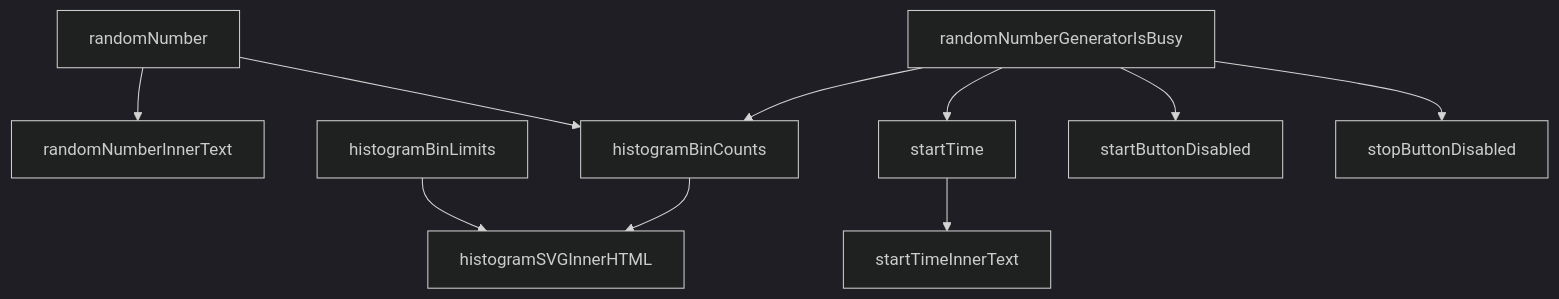
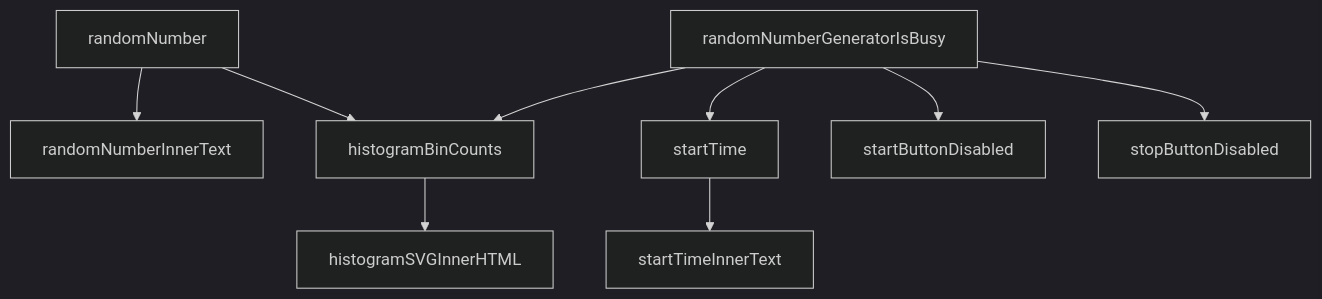
Before and after one commit to KaoruTaketani/DAQ-JS: the diagram in README.md, drawn with Mermaid (dark theme).

Commit message:
comment out binLimits from chart

````diff
--- a/README.md
+++ b/README.md
@@ -114,17 +114,17 @@
 ```mermaid
 graph TD;
     histogramBinCounts-->histogramSVGInnerHTML;
-    histogramBinLimits-->histogramSVGInnerHTML;
+    %%histogramBinLimits-->histogramSVGInnerHTML;
     %%httpServer-->elementValues;
     %%httpServer-->webSocketPathnames;
     randomNumberGeneratorIsBusy-->histogramBinCounts;
     randomNumber-->randomNumberInnerText;
     randomNumber-->histogramBinCounts;
     %%randomNumber-->timeSeries;
     %%randomNumberGeneratorIsBusy-->timeSeries;
     randomNumberGeneratorIsBusy-->startTime;
     randomNumberGeneratorIsBusy-->startButtonDisabled;
     randomNumberGeneratorIsBusy-->stopButtonDisabled;
     startTime-->startTimeInnerText;
     %%timeSeries-->timeSeriesSVGInnerHTML;
 ```
````
